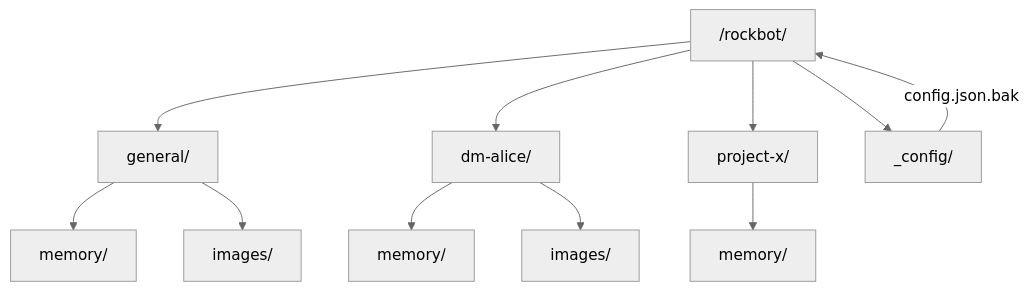
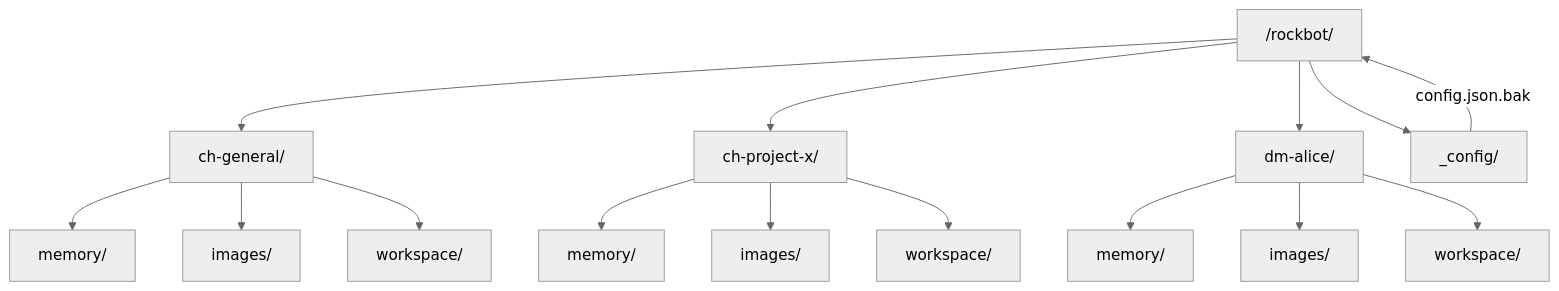
One commit to cosmoswafer/rockbot changed the third of 3 diagrams in _dfds/webdav.md. Above: the diagram before and after it, drawn with Mermaid (neutral theme).

Commit message:
refactor(dfd): update webdav directory tree structure

````diff
--- a/_dfds/webdav.md
+++ b/_dfds/webdav.md
@@ -71,24 +71,32 @@
 ```mermaid
 flowchart TD
     ROOT["/rockbot/"]
-    GEN["general/"]
+    CH["ch-general/"]
+    CH2["ch-project-x/"]
     DM["dm-alice/"]
-    PROJ["project-x/"]
-    MEM_GEN["memory/"]
+    MEM_CH["memory/"]
+    MEM_CH2["memory/"]
     MEM_DM["memory/"]
-    MEM_PROJ["memory/"]
-    IMG_GEN["images/"]
+    IMG_CH["images/"]
+    IMG_CH2["images/"]
     IMG_DM["images/"]
+    WSP_CH["workspace/"]
+    WSP_CH2["workspace/"]
+    WSP_DM["workspace/"]
     CFG_DIR["_config/"]
 
-    ROOT --> GEN
+    ROOT --> CH
+    ROOT --> CH2
     ROOT --> DM
-    ROOT --> PROJ
     ROOT --> CFG_DIR
-    GEN --> MEM_GEN
-    GEN --> IMG_GEN
+    CH --> MEM_CH
+    CH --> IMG_CH
+    CH --> WSP_CH
+    CH2 --> MEM_CH2
+    CH2 --> IMG_CH2
+    CH2 --> WSP_CH2
     DM --> MEM_DM
     DM --> IMG_DM
-    PROJ --> MEM_PROJ
+    DM --> WSP_DM
     CFG_DIR -->|"config.json.bak"| ROOT
 ```
````
